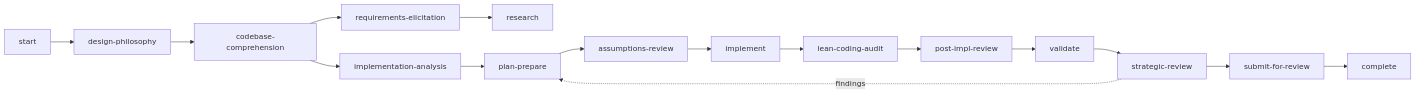
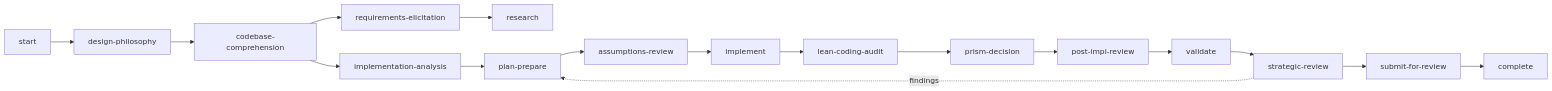
The diagram in corpus/remediate-vuln/README.md (m2ux/workflow-server), drawn with Mermaid before and after one commit. The commit also changed other lines of this file and 9 other files, not shown here.

First line of the commit message:
Settle the full prism pipeline in its own decision, on an assessed recommendation

````diff
--- a/corpus/remediate-vuln/README.md
+++ b/corpus/remediate-vuln/README.md
@@ -32,8 +33,8 @@
 ```mermaid
 flowchart LR
   start --> design-philosophy --> codebase-comprehension
   codebase-comprehension --> requirements-elicitation --> research
   codebase-comprehension --> implementation-analysis --> plan-prepare --> assumptions-review --> implement
-  implement --> lean-coding-audit --> post-impl-review --> validate --> strategic-review --> submit-for-review --> complete
+  implement --> lean-coding-audit --> prism-decision --> post-impl-review --> validate --> strategic-review --> submit-for-review --> complete
   strategic-review -. findings .-> plan-prepare
 ```
````
